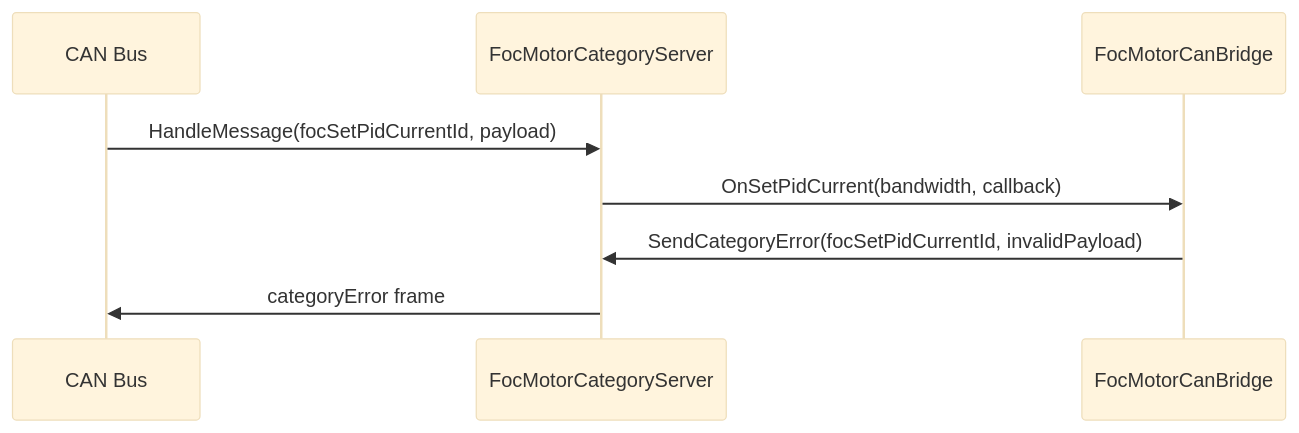
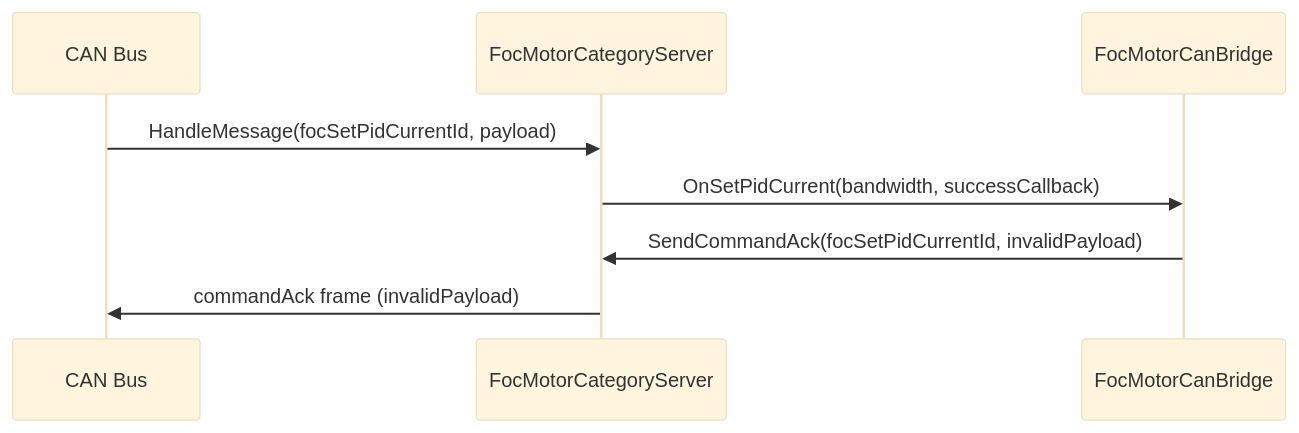
Before and after one commit to embedded-pro/e-foc: the third of 4 diagrams in documentation/design/service-can.md, drawn with Mermaid (base theme). The commit also changed other lines of this file and 14 other files, not shown here.

````diff
--- a/documentation/design/service-can.md
+++ b/documentation/design/service-can.md
@@ -219,11 +219,11 @@
 ```mermaid
 sequenceDiagram
     participant CAN as CAN Bus
     participant SRV as FocMotorCategoryServer
     participant BRG as FocMotorCanBridge
 
     CAN->>SRV: HandleMessage(focSetPidCurrentId, payload)
-    SRV->>BRG: OnSetPidCurrent(bandwidth, callback)
-    BRG->>SRV: SendCategoryError(focSetPidCurrentId, invalidPayload)
-    SRV->>CAN: categoryError frame
+    SRV->>BRG: OnSetPidCurrent(bandwidth, successCallback)
+    BRG->>SRV: SendCommandAck(focSetPidCurrentId, invalidPayload)
+    SRV->>CAN: commandAck frame (invalidPayload)
 ```
````
